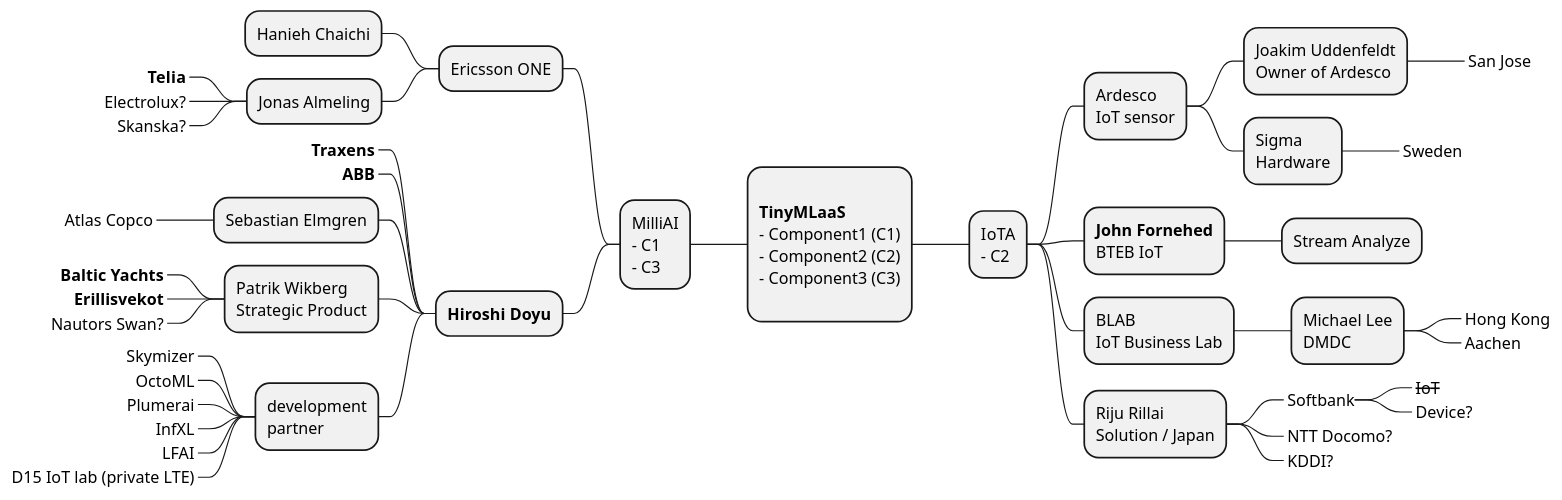
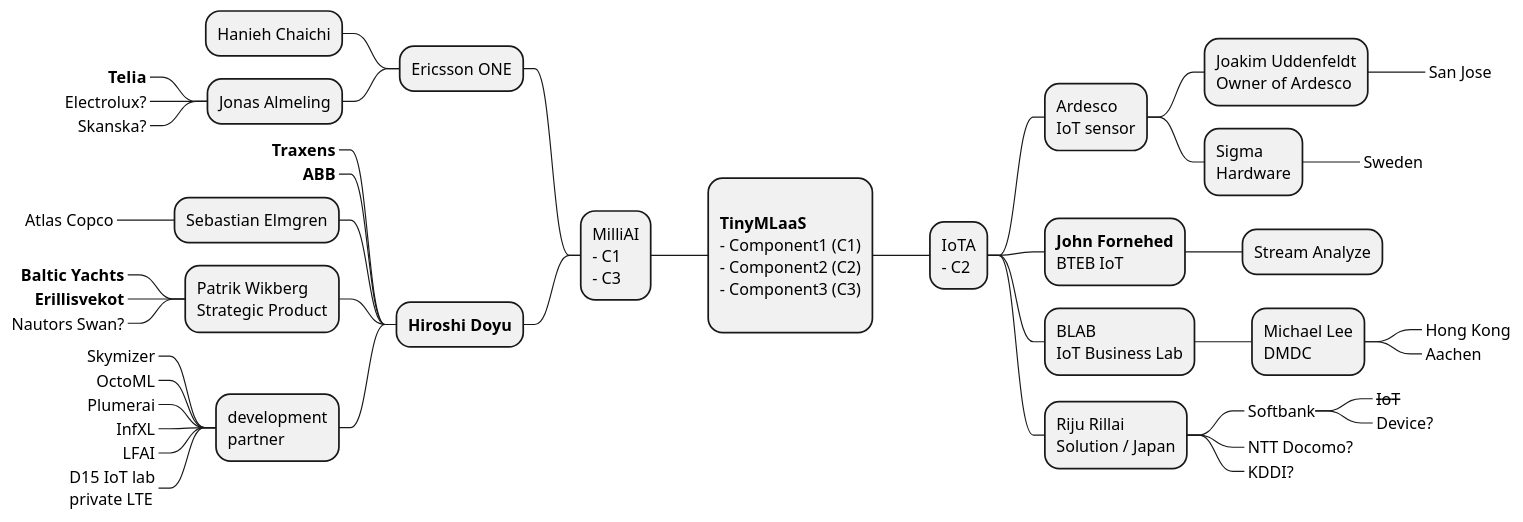
Before and after one commit to doyu/elc2019: the diagram in stakeholders.puml, drawn with PlantUML. The commit also changed 1 other file, not shown here.

```diff
--- a/stakeholders.puml
+++ b/stakeholders.puml
@@ -1,47 +1,47 @@
 @startmindmap
 scale max 2048 width
 
 + \n**TinyMLaaS**\n- Component1 (C1)\n- Component2 (C2)\n- Component3 (C3)\n
 -- MilliAI\n- C1\n- C3
 --- Ericsson ONE
 ---- Hanieh Chaichi
 ---- Jonas Almeling
 -----_ **Telia**
 -----_ Electrolux?
 -----_ Skanska?
 --- **Hiroshi Doyu**
 ----_ **Traxens**
 ----_ **ABB**
 ---- Sebastian Elmgren
 -----_ Atlas Copco
 ---- Patrik Wikberg\nStrategic Product
 -----_ **Baltic Yachts**
 -----_ **Erillisvekot**
 -----_ Nautors Swan?
 ---- development\npartner
 -----_ Skymizer
 -----_ OctoML
 -----_ Plumerai
 -----_ InfXL
 -----_ LFAI
------_ D15 IoT lab (private LTE)
+-----_ D15 IoT lab\nprivate LTE
 ++ IoTA\n- C2
 +++ Ardesco\nIoT sensor
 ++++ Joakim Uddenfeldt\nOwner of Ardesco
 +++++_ San Jose
 ++++ Sigma\nHardware
 +++++_ Sweden
 +++ **John Fornehed**\nBTEB IoT
 ++++ Stream Analyze
 +++ BLAB\nIoT Business Lab
 ++++ Michael Lee\nDMDC
 +++++_ Hong Kong
 +++++_ Aachen
 +++ Riju Rillai\nSolution / Japan
 ++++_ Softbank
 +++++_ <s>IoT</s>
 +++++_ Device?
 ++++_ NTT Docomo?
 ++++_ KDDI?
 
 @endmindmap
```
